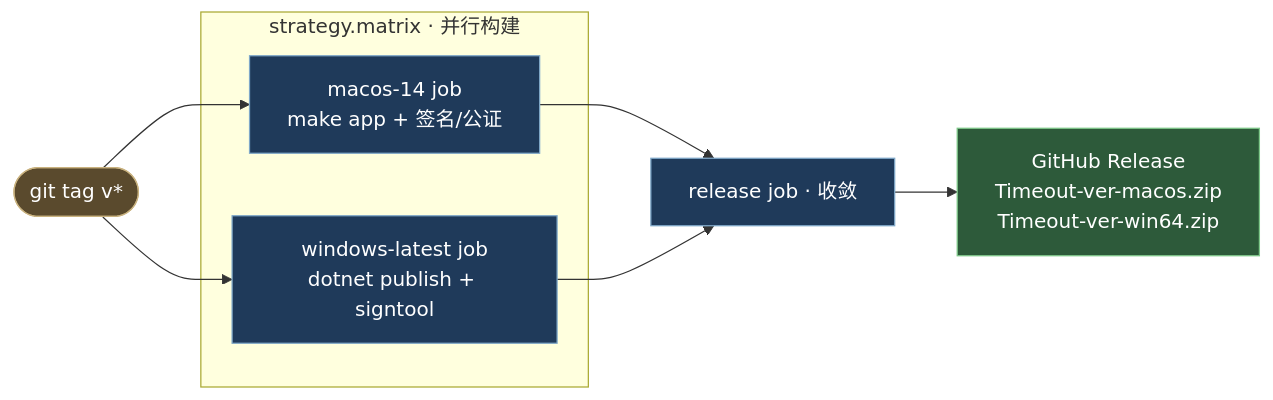
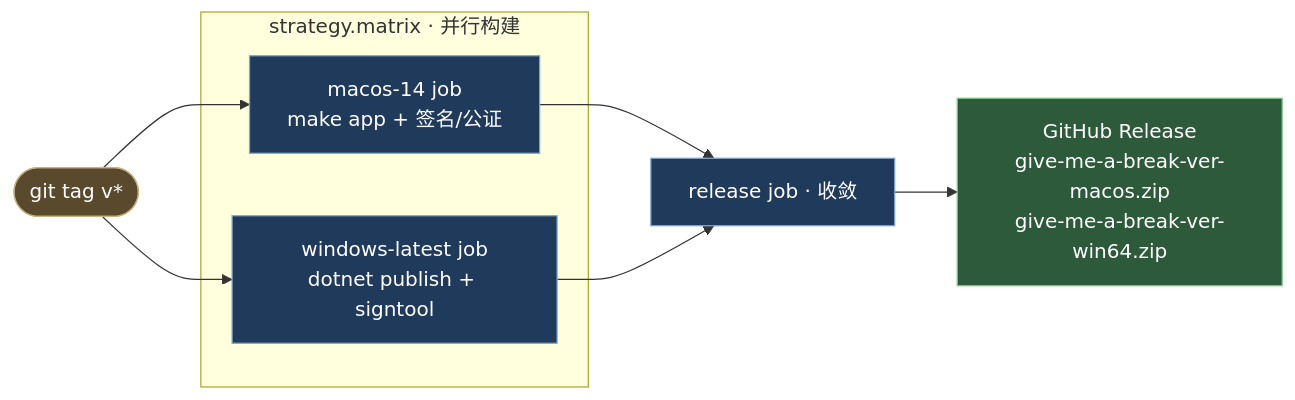
One commit to ThreeFish-AI/timeout changed the third of 3 diagrams in docs/windows-port-design.md. Above: the diagram before and after it, drawn with Mermaid. The commit also changed other lines of this file and 190 other files, not shown here.

First line of the commit message:
refactor(rename): 项目更名 Timeout → Give me a break（macOS+Windows 全链路联动） (#11)

````diff
--- a/docs/windows-port-design.md
+++ b/docs/windows-port-design.md
@@ -163,17 +163,17 @@
 ```mermaid
 flowchart LR
     T(["git tag v*"]) --> M & W
     subgraph MX["strategy.matrix · 并行构建"]
         M["macos-14 job<br/>make app + 签名/公证"]
         W["windows-latest job<br/>dotnet publish + signtool"]
     end
     M --> R["release job · 收敛"]
     W --> R
-    R --> Rel["GitHub Release<br/>Timeout-ver-macos.zip<br/>Timeout-ver-win64.zip"]
+    R --> Rel["GitHub Release<br/>give-me-a-break-ver-macos.zip<br/>give-me-a-break-ver-win64.zip"]
     classDef trigger fill:#5a4a2d,color:#fff,stroke:#c9b27f
     classDef job fill:#1f3a5a,color:#fff,stroke:#7fa8c9
     classDef release fill:#2d5a3a,color:#fff,stroke:#7fc98a
     class T trigger
     class M,W,R job
     class Rel release
 ```
````
